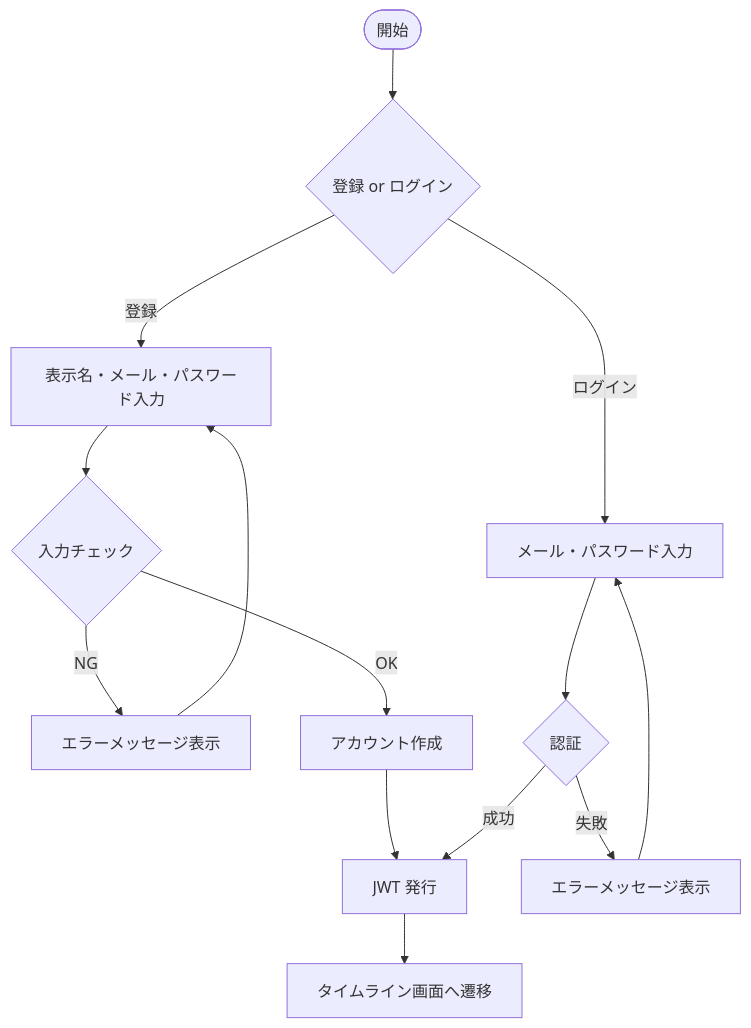
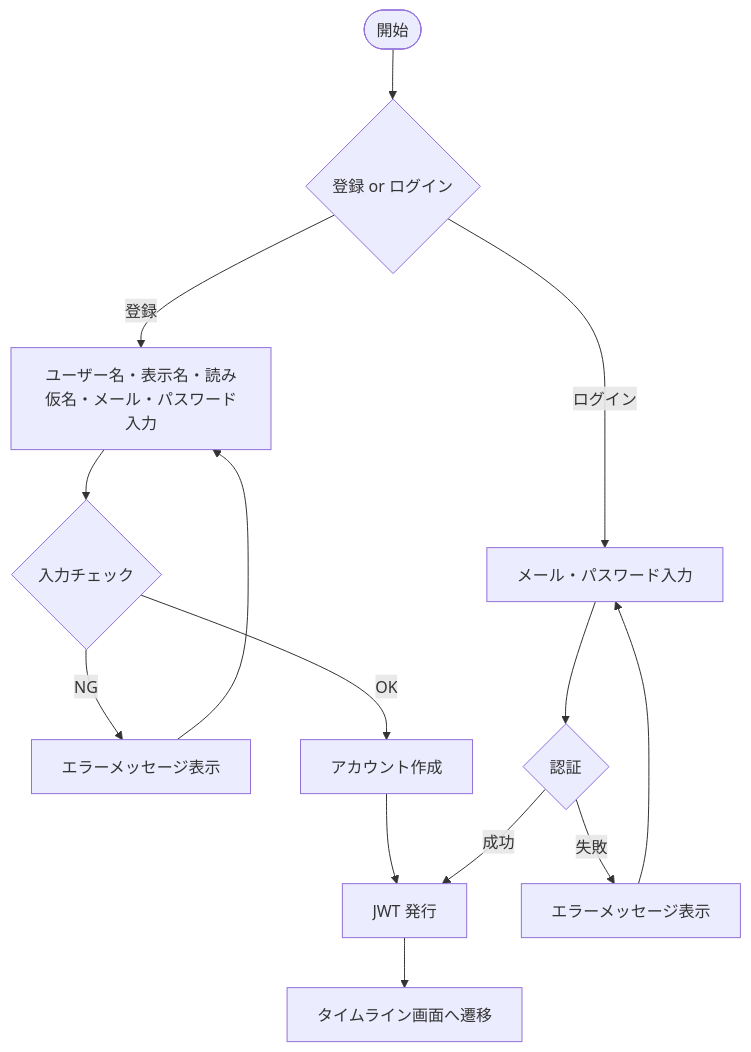
One commit to yamamotonaoki3/RaiseTimeLine changed the diagram in docs/details/features/F01_auth.md. Above: the diagram before and after it, drawn with Mermaid. The commit also changed other lines of this file and 5 other files, not shown here.

````diff
--- a/docs/details/features/F01_auth.md
+++ b/docs/details/features/F01_auth.md
@@ -25,16 +25,16 @@
 ```mermaid
 flowchart TD
     A([開始]) --> B{登録 or ログイン}
-    B -- 登録 --> C[表示名・メール・パスワード入力]
+    B -- 登録 --> C[ユーザー名・表示名・読み仮名・メール・パスワード入力]
     C --> D{入力チェック}
     D -- NG --> E[エラーメッセージ表示]
     E --> C
     D -- OK --> F[アカウント作成]
     F --> G[JWT 発行]
     B -- ログイン --> H[メール・パスワード入力]
     H --> I{認証}
     I -- 失敗 --> J[エラーメッセージ表示]
     J --> H
     I -- 成功 --> G
     G --> K[タイムライン画面へ遷移]
 ```
````
